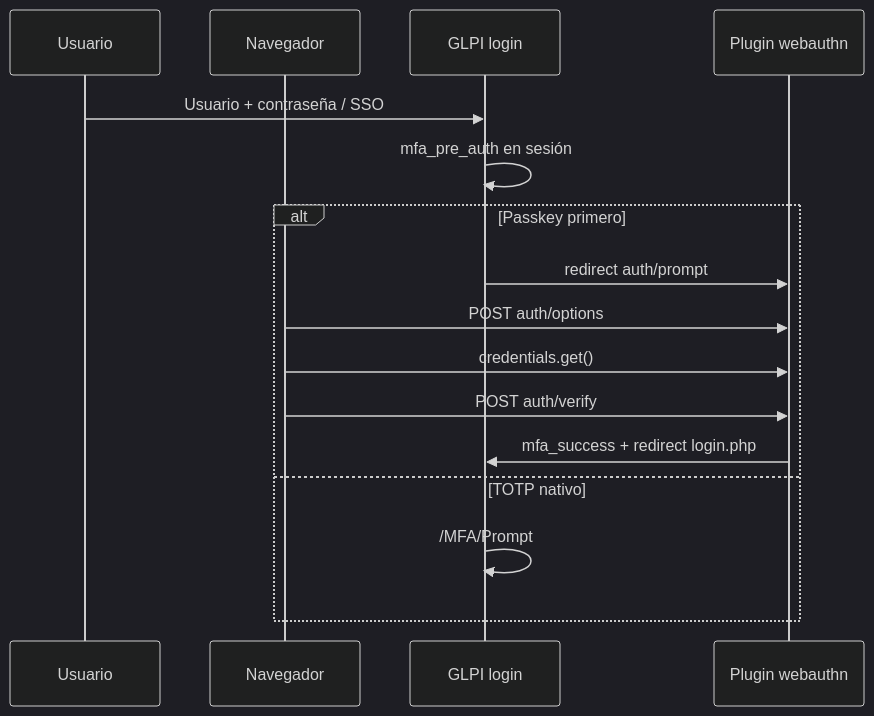
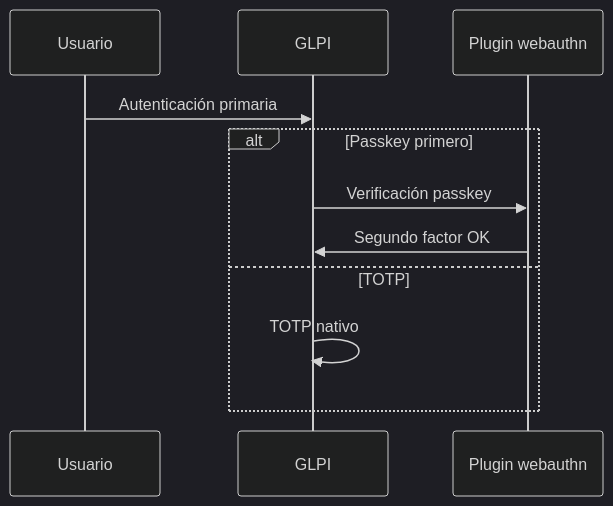
One commit to jonatanriccillo/glpiwebauthn changed the diagram in doc/arquitectura.md. Above: the diagram before and after it, drawn with Mermaid (dark theme). The commit also changed other lines of this file and 1375 other files, not shown here.

````diff
--- a/doc/arquitectura.md
+++ b/doc/arquitectura.md
@@ -7,19 +7,14 @@
 ```mermaid
 sequenceDiagram
     participant U as Usuario
-    participant B as Navegador
-    participant G as GLPI login
+    participant G as GLPI
     participant W as Plugin webauthn
 
-    U->>G: Usuario + contraseña / SSO
-    G->>G: mfa_pre_auth en sesión
+    U->>G: Autenticación primaria
     alt Passkey primero
-        G->>W: redirect auth/prompt
-        B->>W: POST auth/options
-        B->>W: credentials.get()
-        B->>W: POST auth/verify
-        W->>G: mfa_success + redirect login.php
-    else TOTP nativo
-        G->>G: /MFA/Prompt
+        G->>W: Verificación passkey
+        W->>G: Segundo factor OK
+    else TOTP
+        G->>G: TOTP nativo
     end
 ```
````
